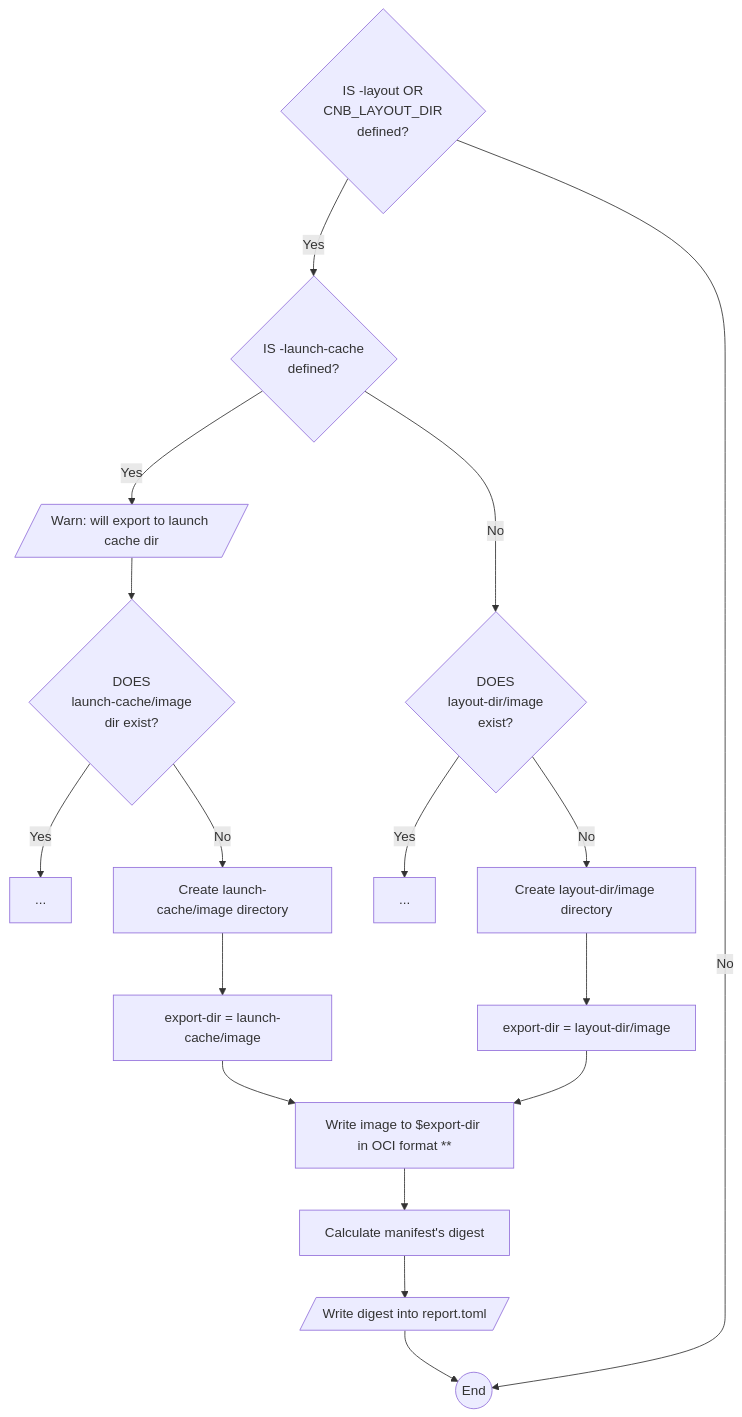
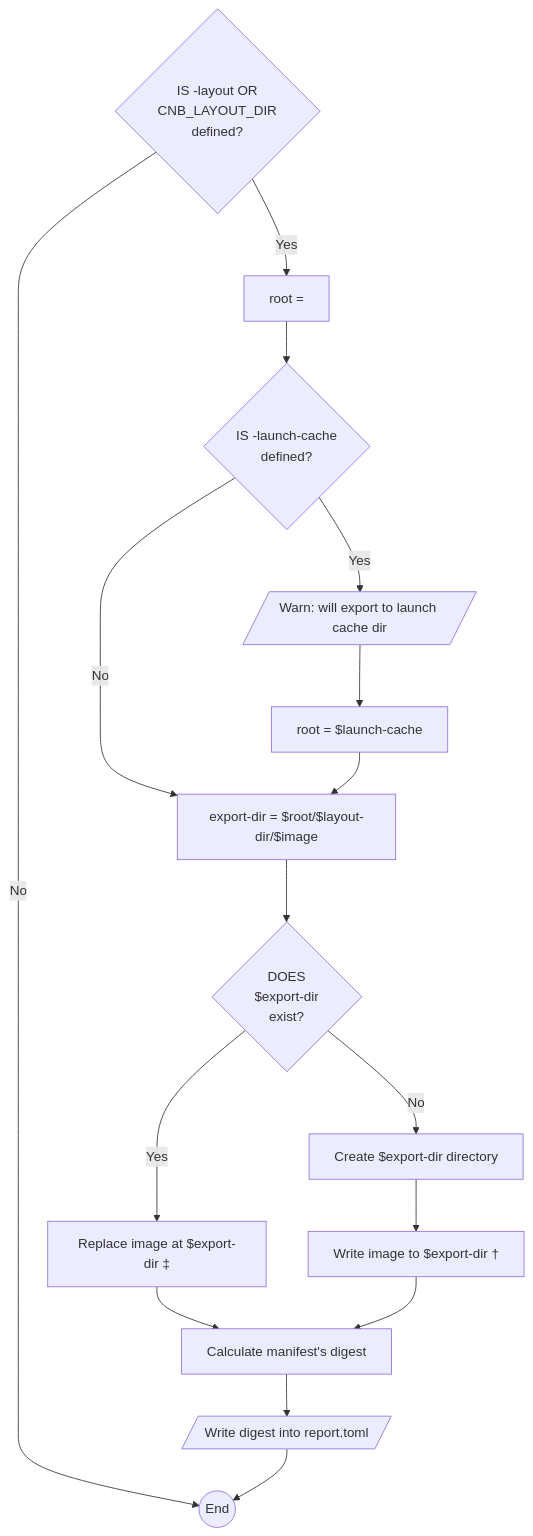
The diagram in text/0000-export-to-oci.md (buildpacks/rfcs), drawn with Mermaid before and after one commit. The commit also changed other lines of this file, not shown here.

Commit message:
Improvements to the flowchart
- Adding feedback from review
- Simplify the flowchart diagram to avoid duplicated steps
- Added the pending flows in the flowchart diagram

````diff
--- a/text/0000-export-to-oci.md
+++ b/text/0000-export-to-oci.md
@@ -171,28 +172,25 @@
 ```mermaid
 flowchart
   A{"IS -layout OR
   CNB_LAYOUT_DIR
-  defined?"} -->|Yes| B
+  defined?"} -->|Yes| BB
   A -->|No| END
+  BB["root = "]
+  BB --> B
   B{"IS -launch-cache
   defined?"} -->|Yes|D
-  B -->|No| E
-  E{"DOES
-  layout-dir/image
-  exist?"} --> |Yes| L
-  L[...]
-  E --> |No| M
-  M[Create layout-dir/image directory] --> O[export-dir = layout-dir/image]
-  O --> I
-  D[/Warn: will export to launch cache dir/] --> F
+  B -->|No| GG
+  D[/Warn: will export to launch cache dir/] --> FF
+  FF["root = $launch-cache"] --> GG
+  GG["export-dir = $root/$layout-dir/$image"] --> F
   F{"DOES
-  launch-cache/image
-  dir exist?"} -->|Yes| G
-  G[ ...]
+     $export-dir
+      exist?"} -->|Yes| P
+  P["Replace image at $export-dir ‡"]
+  P --> J
   F -->|No| H
-  H[Create launch-cache/image directory] --> N[export-dir = launch-cache/image]
-  N --> I[Write image to $export-dir in OCI format **]
+  H[Create $export-dir directory] --> I["Write image to $export-dir †"]
   I --> J[Calculate manifest's digest]
   J --> K[/Write digest into report.toml/]
   K -->END((End))
 ```
````
